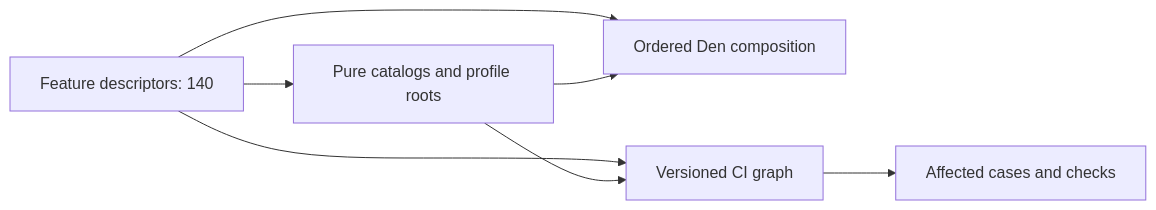
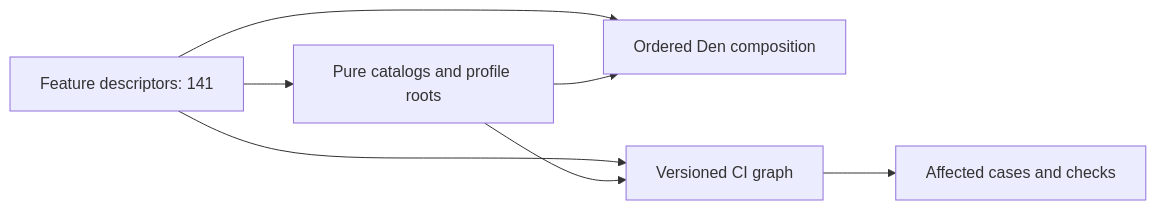
Before and after one commit to closure-labs/foundation: the diagram in docs/ARCHITECTURE.md, drawn with Mermaid. The commit also changed 14 other files, not shown here.

````diff
--- a/docs/ARCHITECTURE.md
+++ b/docs/ARCHITECTURE.md
@@ -4,9 +4,9 @@
 ```mermaid
 flowchart LR
-  F["Feature descriptors: 140"] --> C["Pure catalogs and profile roots"]
+  F["Feature descriptors: 141"] --> C["Pure catalogs and profile roots"]
   F --> D["Ordered Den composition"]
   F --> G["Versioned CI graph"]
   C --> D
   C --> G
   G --> CI["Affected cases and checks"]
 ```
````
